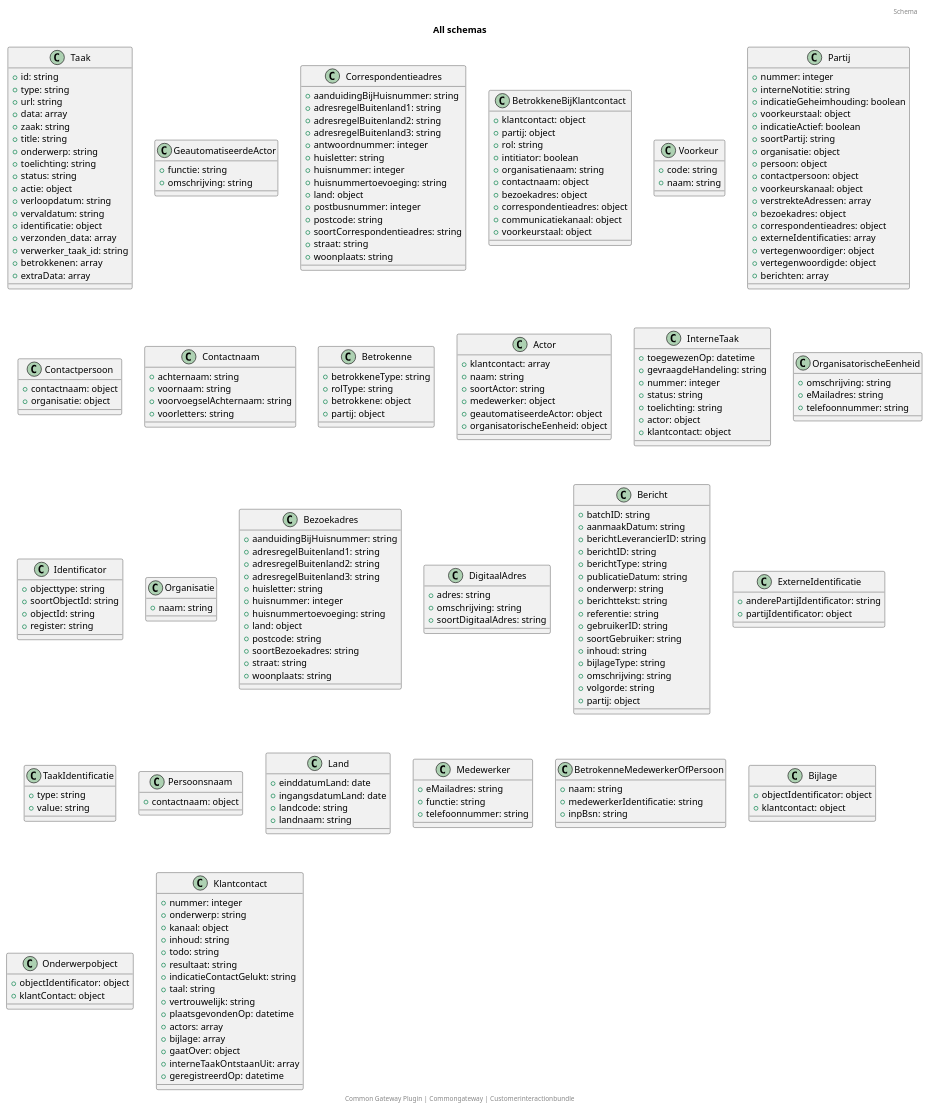
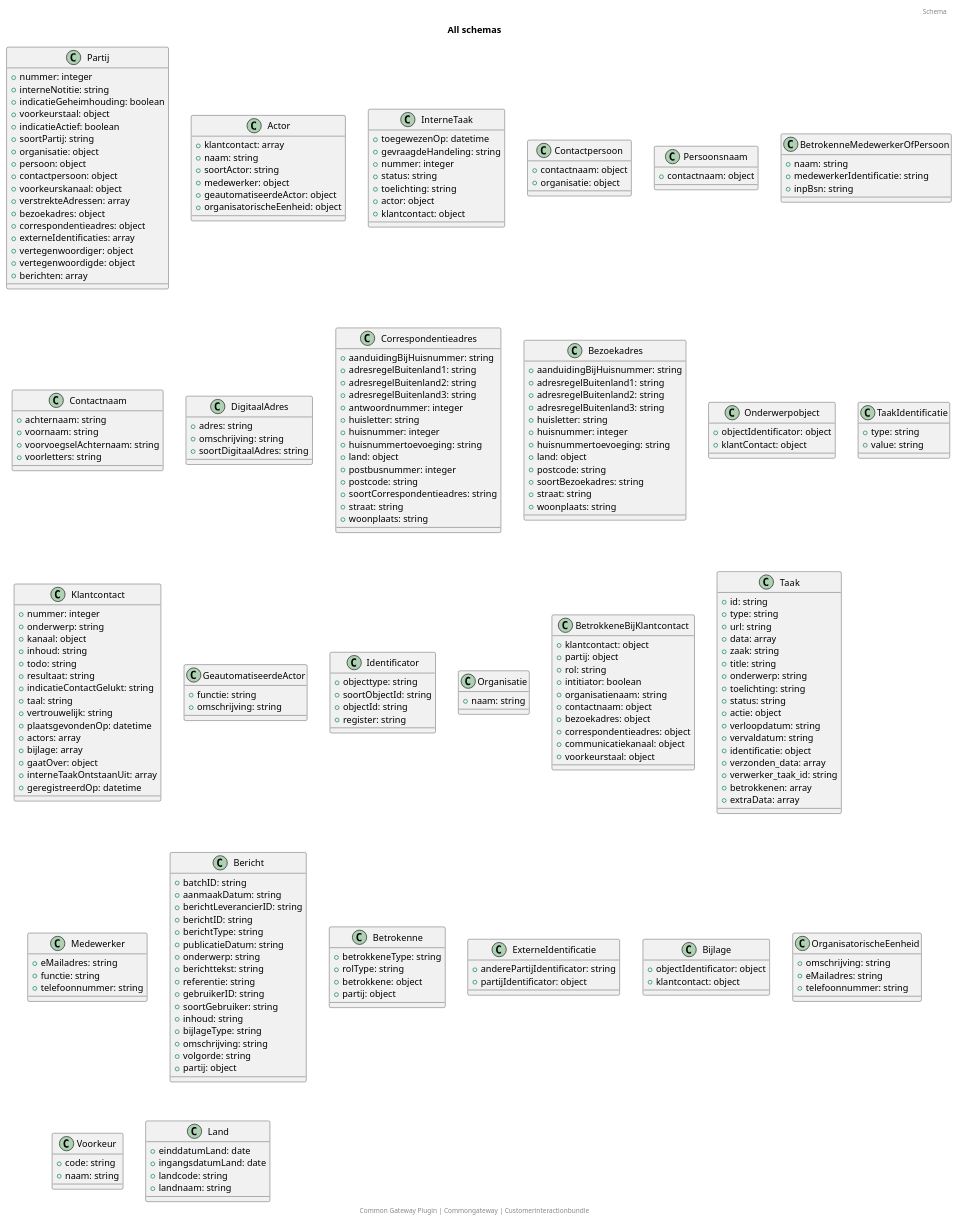
The diagram in docs/schema/all_schema_classes.puml (CommonGateway/CustomerInteractionBundle), drawn with PlantUML before and after one commit. The commit also changed other lines of this file and 1 other file, not shown here.

```diff
--- a/docs/schema/all_schema_classes.puml
+++ b/docs/schema/all_schema_classes.puml
@@ -2,6 +2,145 @@
 title: All schemas
 footer: Common Gateway Plugin | Commongateway | Customerinteractionbundle 
 header: Schema
+class Partij {
+  + nummer: integer
+  + interneNotitie: string
+  + indicatieGeheimhouding: boolean
+  + voorkeurstaal: object
+  + indicatieActief: boolean
+  + soortPartij: string
+  + organisatie: object
+  + persoon: object
+  + contactpersoon: object
+  + voorkeurskanaal: object
+  + verstrekteAdressen: array
+  + bezoekadres: object
+  + correspondentieadres: object
+  + externeIdentificaties: array
+  + vertegenwoordiger: object
+  + vertegenwoordigde: object
+  + berichten: array
+}
+class Actor {
+  + klantcontact: array
+  + naam: string
+  + soortActor: string
+  + medewerker: object
+  + geautomatiseerdeActor: object
+  + organisatorischeEenheid: object
+}
+class InterneTaak {
+  + toegewezenOp: datetime
+  + gevraagdeHandeling: string
+  + nummer: integer
+  + status: string
+  + toelichting: string
+  + actor: object
+  + klantcontact: object
+}
+class Contactpersoon {
+  + contactnaam: object
+  + organisatie: object
+}
+class Persoonsnaam {
+  + contactnaam: object
+}
+class BetrokenneMedewerkerOfPersoon {
+  + naam: string
+  + medewerkerIdentificatie: string
+  + inpBsn: string
+}
+class Contactnaam {
+  + achternaam: string
+  + voornaam: string
+  + voorvoegselAchternaam: string
+  + voorletters: string
+}
+class DigitaalAdres {
+  + adres: string
+  + omschrijving: string
+  + soortDigitaalAdres: string
+}
+class Correspondentieadres {
+  + aanduidingBijHuisnummer: string
+  + adresregelBuitenland1: string
+  + adresregelBuitenland2: string
+  + adresregelBuitenland3: string
+  + antwoordnummer: integer
+  + huisletter: string
+  + huisnummer: integer
+  + huisnummertoevoeging: string
+  + land: object
+  + postbusnummer: integer
+  + postcode: string
+  + soortCorrespondentieadres: string
+  + straat: string
+  + woonplaats: string
+}
+class Bezoekadres {
+  + aanduidingBijHuisnummer: string
+  + adresregelBuitenland1: string
+  + adresregelBuitenland2: string
+  + adresregelBuitenland3: string
+  + huisletter: string
+  + huisnummer: integer
+  + huisnummertoevoeging: string
+  + land: object
+  + postcode: string
+  + soortBezoekadres: string
+  + straat: string
+  + woonplaats: string
+}
+class Onderwerpobject {
+  + objectIdentificator: object
+  + klantContact: object
+}
+class TaakIdentificatie {
+  + type: string
+  + value: string
+}
+class Klantcontact {
+  + nummer: integer
+  + onderwerp: string
+  + kanaal: object
+  + inhoud: string
+  + todo: string
+  + resultaat: string
+  + indicatieContactGelukt: string
+  + taal: string
+  + vertrouwelijk: string
+  + plaatsgevondenOp: datetime
+  + actors: array
+  + bijlage: array
+  + gaatOver: object
+  + interneTaakOntstaanUit: array
+  + geregistreerdOp: datetime
+}
+class GeautomatiseerdeActor {
+  + functie: string
+  + omschrijving: string
+}
+class Identificator {
+  + objecttype: string
+  + soortObjectId: string
+  + objectId: string
+  + register: string
+}
+class Organisatie {
+  + naam: string
+}
+class BetrokkeneBijKlantcontact {
+  + klantcontact: object
+  + partij: object
+  + rol: string
+  + intitiator: boolean
+  + organisatienaam: string
+  + contactnaam: object
+  + bezoekadres: object
+  + correspondentieadres: object
+  + communicatiekanaal: object
+  + voorkeurstaal: object
+}
 class Taak {
   + id: string
   + type: string
@@ -21,126 +160,10 @@
   + betrokkenen: array
   + extraData: array
 }
-class GeautomatiseerdeActor {
+class Medewerker {
+  + eMailadres: string
   + functie: string
-  + omschrijving: string
-}
-class Correspondentieadres {
-  + aanduidingBijHuisnummer: string
-  + adresregelBuitenland1: string
-  + adresregelBuitenland2: string
-  + adresregelBuitenland3: string
-  + antwoordnummer: integer
-  + huisletter: string
-  + huisnummer: integer
-  + huisnummertoevoeging: string
-  + land: object
-  + postbusnummer: integer
-  + postcode: string
-  + soortCorrespondentieadres: string
-  + straat: string
-  + woonplaats: string
-}
-class BetrokkeneBijKlantcontact {
-  + klantcontact: object
-  + partij: object
-  + rol: string
-  + intitiator: boolean
-  + organisatienaam: string
-  + contactnaam: object
-  + bezoekadres: object
-  + correspondentieadres: object
-  + communicatiekanaal: object
-  + voorkeurstaal: object
-}
-class Voorkeur {
-  + code: string
-  + naam: string
-}
-class Partij {
-  + nummer: integer
-  + interneNotitie: string
-  + indicatieGeheimhouding: boolean
-  + voorkeurstaal: object
-  + indicatieActief: boolean
-  + soortPartij: string
-  + organisatie: object
-  + persoon: object
-  + contactpersoon: object
-  + voorkeurskanaal: object
-  + verstrekteAdressen: array
-  + bezoekadres: object
-  + correspondentieadres: object
-  + externeIdentificaties: array
-  + vertegenwoordiger: object
-  + vertegenwoordigde: object
-  + berichten: array
-}
-class Contactpersoon {
-  + contactnaam: object
-  + organisatie: object
-}
-class Contactnaam {
-  + achternaam: string
-  + voornaam: string
-  + voorvoegselAchternaam: string
-  + voorletters: string
-}
-class Betrokenne {
-  + betrokkeneType: string
-  + rolType: string
-  + betrokkene: object
-  + partij: object
-}
-class Actor {
-  + klantcontact: array
-  + naam: string
-  + soortActor: string
-  + medewerker: object
-  + geautomatiseerdeActor: object
-  + organisatorischeEenheid: object
-}
-class InterneTaak {
-  + toegewezenOp: datetime
-  + gevraagdeHandeling: string
-  + nummer: integer
-  + status: string
-  + toelichting: string
-  + actor: object
-  + klantcontact: object
-}
-class OrganisatorischeEenheid {
-  + omschrijving: string
-  + eMailadres: string
   + telefoonnummer: string
-}
-class Identificator {
-  + objecttype: string
-  + soortObjectId: string
-  + objectId: string
-  + register: string
-}
-class Organisatie {
-  + naam: string
-}
-class Bezoekadres {
-  + aanduidingBijHuisnummer: string
-  + adresregelBuitenland1: string
-  + adresregelBuitenland2: string
-  + adresregelBuitenland3: string
-  + huisletter: string
-  + huisnummer: integer
-  + huisnummertoevoeging: string
-  + land: object
-  + postcode: string
-  + soortBezoekadres: string
-  + straat: string
-  + woonplaats: string
-}
-class DigitaalAdres {
-  + adres: string
-  + omschrijving: string
-  + soortDigitaalAdres: string
 }
 class Bericht {
   + batchID: string
@@ -160,16 +183,28 @@
   + volgorde: string
   + partij: object
 }
+class Betrokenne {
+  + betrokkeneType: string
+  + rolType: string
+  + betrokkene: object
+  + partij: object
+}
 class ExterneIdentificatie {
   + anderePartijIdentificator: string
   + partijIdentificator: object
 }
-class TaakIdentificatie {
-  + type: string
-  + value: string
+class Bijlage {
+  + objectIdentificator: object
+  + klantcontact: object
 }
-class Persoonsnaam {
-  + contactnaam: object
+class OrganisatorischeEenheid {
+  + omschrijving: string
+  + eMailadres: string
+  + telefoonnummer: string
+}
+class Voorkeur {
+  + code: string
+  + naam: string
 }
 class Land {
   + einddatumLand: date
@@ -177,39 +212,4 @@
   + landcode: string
   + landnaam: string
 }
-class Medewerker {
-  + eMailadres: string
-  + functie: string
-  + telefoonnummer: string
-}
-class BetrokenneMedewerkerOfPersoon {
-  + naam: string
-  + medewerkerIdentificatie: string
-  + inpBsn: string
-}
-class Bijlage {
-  + objectIdentificator: object
-  + klantcontact: object
-}
-class Onderwerpobject {
-  + objectIdentificator: object
-  + klantContact: object
-}
-class Klantcontact {
-  + nummer: integer
-  + onderwerp: string
-  + kanaal: object
-  + inhoud: string
-  + todo: string
-  + resultaat: string
-  + indicatieContactGelukt: string
-  + taal: string
-  + vertrouwelijk: string
-  + plaatsgevondenOp: datetime
-  + actors: array
-  + bijlage: array
-  + gaatOver: object
-  + interneTaakOntstaanUit: array
-  + geregistreerdOp: datetime
-}
 @enduml
```
